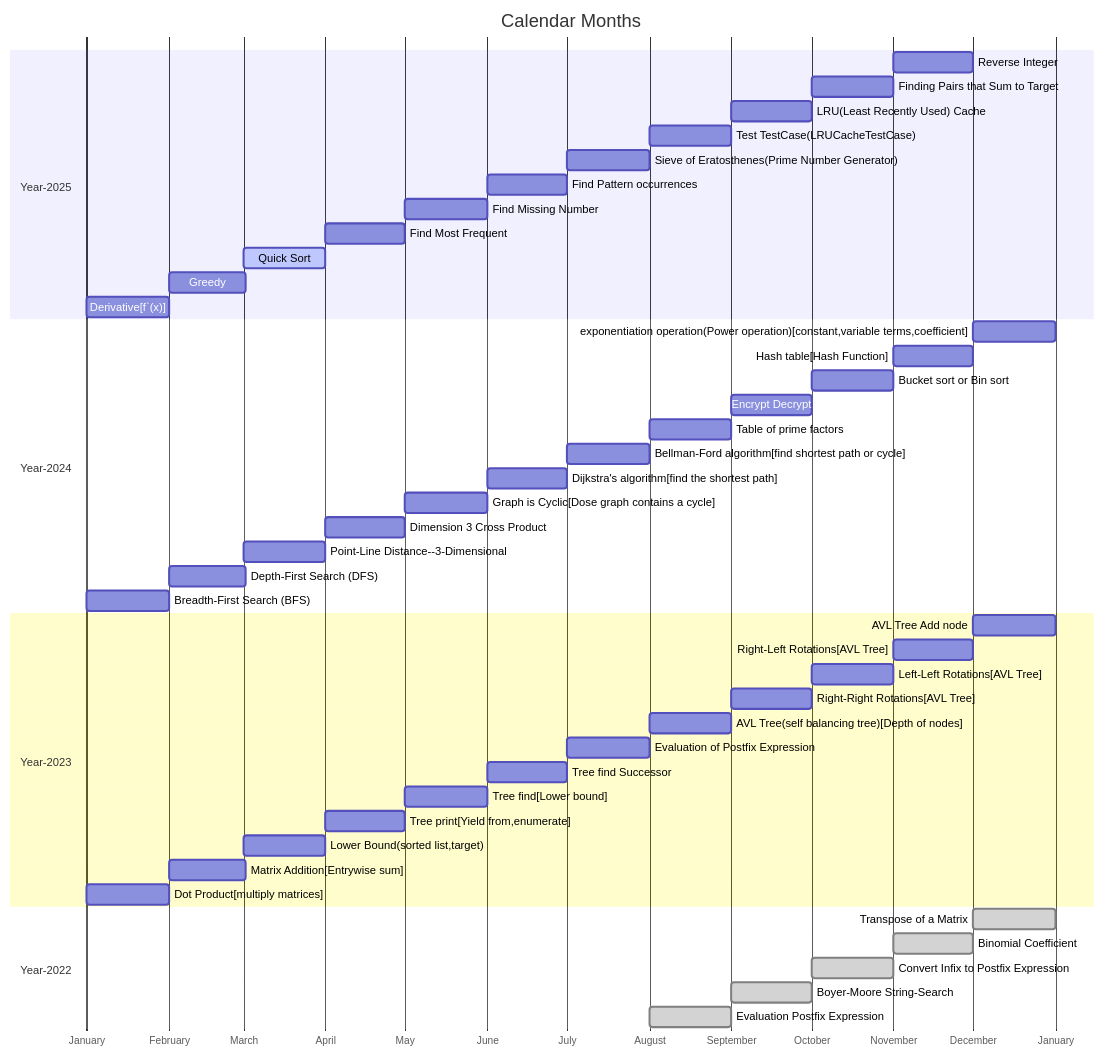
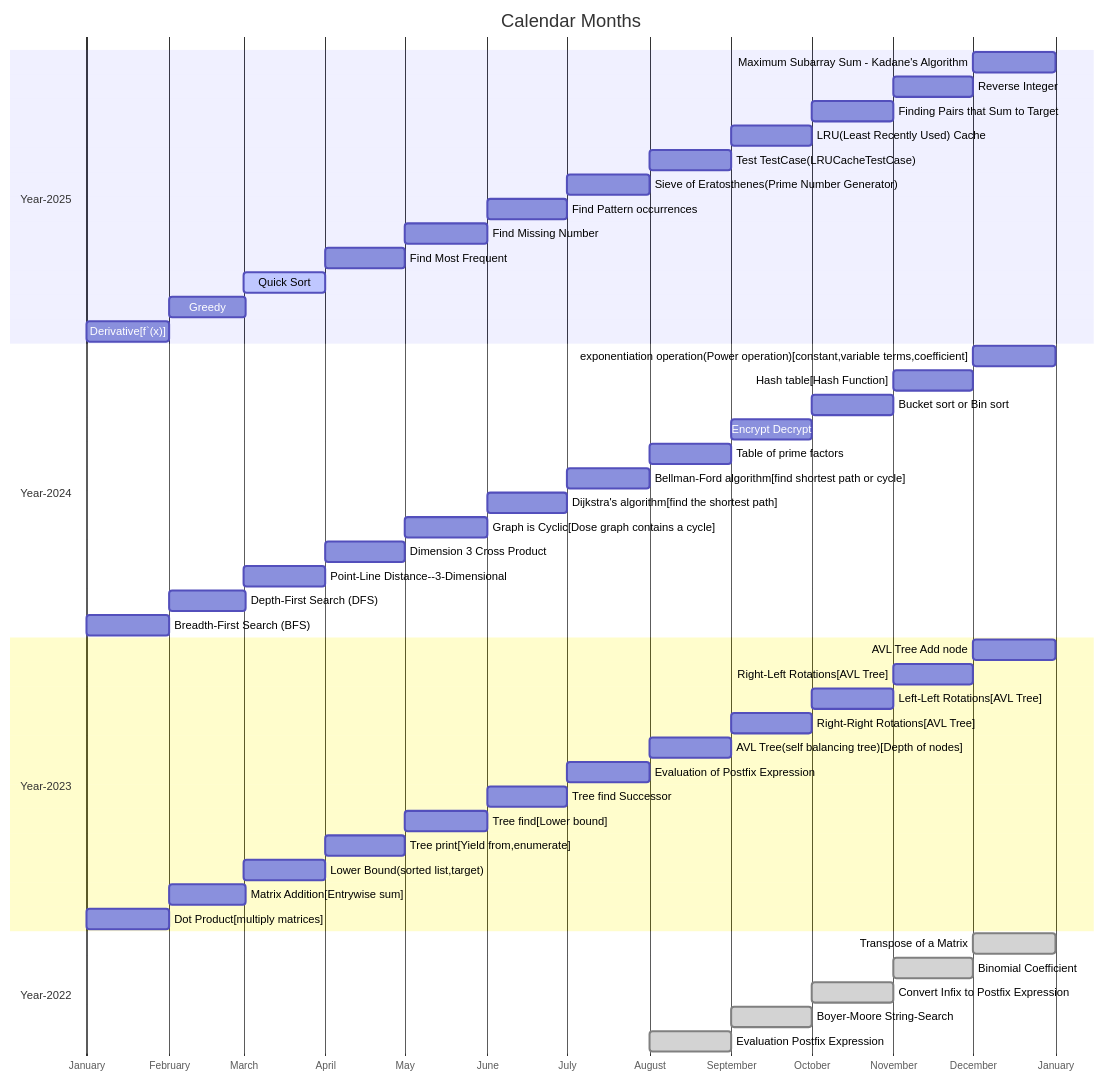
The diagram in src/calendar.md (softtiny/docs.calendar), drawn with Mermaid before and after one commit. The commit also changed 3 other files, not shown here.

````diff
--- a/src/calendar.md
+++ b/src/calendar.md
@@ -2,51 +2,53 @@
 ```mermaid
 
 gantt
     title Calendar Months
     dateFormat MM-DD
     axisFormat %B
+    section Year-2026
     section Year-2025
+        Maximum Subarray Sum - Kadane's Algorithm:12-01, 31d
         Reverse Integer:11-01, 30d
         Finding Pairs that Sum to Target :10-01, 31d
         LRU(Least Recently Used) Cache :09-01, 30d
         Test TestCase(LRUCacheTestCase) :08-01, 31d
         Sieve of Eratosthenes(Prime Number Generator)    :07-01, 31d
         Find Pattern occurrences :06-01, 30d
         Find Missing Number :05-01, 31d
         Find Most Frequent :04-01, 30d
         Quick Sort      :active, 03-01, 31d
         Greedy          :02-01, 29d
         Derivative[f`(x)]          :01-01, 31d
     section Year-2024
         exponentiation operation(Power operation)[constant,variable terms,coefficient]  :12-01, 31d
         Hash table[Hash Function]  :11-01, 30d
         Bucket sort or Bin sort  :10-01, 31d
         Encrypt Decrypt  :09-01, 30d
         Table of prime factors  :08-01, 31d
         Bellman-Ford algorithm[find shortest path or cycle] :07-01, 31d
         Dijkstra's algorithm[find the shortest path] :06-01, 30d
         Graph is Cyclic[Dose graph contains a cycle]  :05-01, 31d
         Dimension 3 Cross Product  :04-01, 30d
         Point-Line Distance--3-Dimensional  :03-01, 31d
         Depth-First Search (DFS)          :02-01, 29d
         Breadth-First Search (BFS)          :01-01, 31d
     section Year-2023
         AVL Tree Add node :12-01, 31d
         Right-Left Rotations[AVL Tree] :11-01, 30d
         Left-Left Rotations[AVL Tree] :10-01, 31d
         Right-Right Rotations[AVL Tree] :09-01, 30d
         AVL Tree(self balancing tree)[Depth of nodes] :08-01, 31d
         Evaluation of Postfix Expression :07-01, 31d
         Tree find Successor :06-01, 30d
         Tree find[Lower bound] :05-01, 31d
         Tree print[Yield from,enumerate] :04-01, 30d
         Lower Bound(sorted list,target) :03-01, 31d
         Matrix Addition[Entrywise sum] :02-01, 29d
         Dot Product[multiply matrices] :01-01, 31d
     section Year-2022
         Transpose of a Matrix :done, 12-01, 31d
         Binomial Coefficient :done, 11-01, 30d
         Convert Infix to Postfix Expression :done, 10-01, 31d
         Boyer-Moore String-Search :done, 09-01, 30d
         Evaluation Postfix Expression :done, 08-01, 31d
 ```
````
